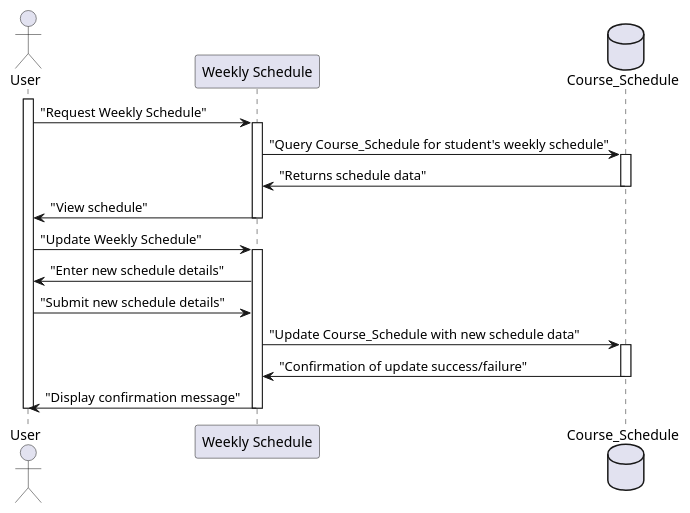
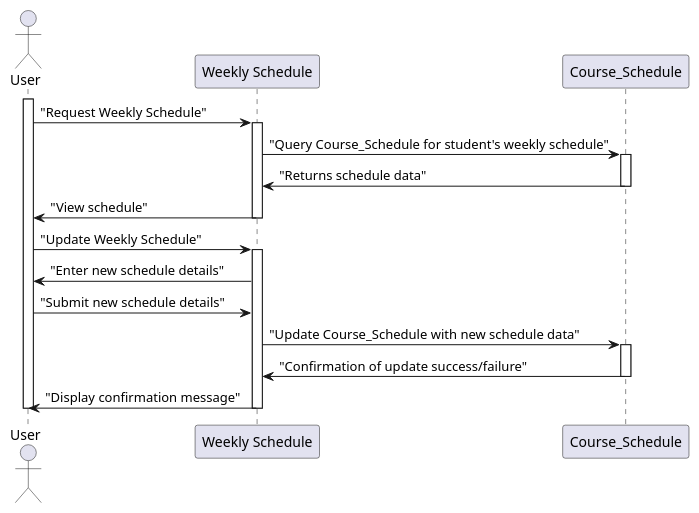
One commit to SergBirarov/academiq-final-project changed the diagram in מערכת שעות.puml. Above: the diagram before and after it, drawn with PlantUML. The commit also changed 4 other files, not shown here.

```diff
--- a/מערכת שעות.puml
+++ b/מערכת שעות.puml
@@ -1,28 +1,28 @@
 @startuml "צפייה במערכת שעות"
 Actor User
 participant GUI as "Weekly Schedule"
-database Database_Course_Schedule as "Course_Schedule"
+participant Database_Course_Schedule as "Course_Schedule"
 
 activate User
 User->GUI: "Request Weekly Schedule"
 activate GUI
 GUI->Database_Course_Schedule: "Query Course_Schedule for student's weekly schedule"
 activate Database_Course_Schedule
 Database_Course_Schedule->GUI: "Returns schedule data"
 deactivate Database_Course_Schedule
 GUI->User: "View schedule"
 deactivate GUI
 
 
 User->GUI: "Update Weekly Schedule"
 activate GUI
 GUI->User: "Enter new schedule details"
 User->GUI: "Submit new schedule details"
 GUI->Database_Course_Schedule: "Update Course_Schedule with new schedule data"
 activate Database_Course_Schedule
 Database_Course_Schedule->GUI: "Confirmation of update success/failure"
 deactivate Database_Course_Schedule
 GUI->User: "Display confirmation message"
 deactivate GUI
 deactivate User
 @enduml
```
